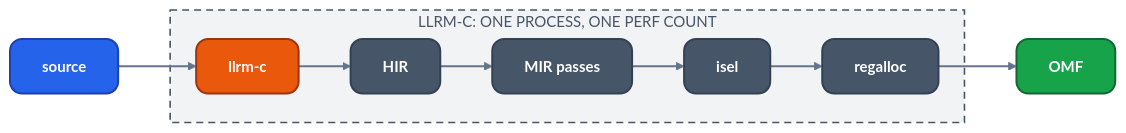
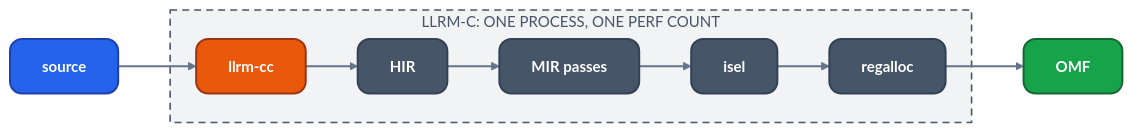
One commit to ali-mosavian/llrm changed the diagram in docs/working/measurement/compile-time.md. Above: the diagram before and after it, drawn with Mermaid. The commit also changed other lines of this file and 411 other files, not shown here.

````diff
--- a/docs/working/measurement/compile-time.md
+++ b/docs/working/measurement/compile-time.md
@@ -13,25 +13,25 @@
 ```mermaid
 %%{init: {'theme':'base','themeVariables':{'fontFamily':'Segoe UI, Helvetica Neue, Arial, DejaVu Sans, sans-serif','fontSize':'15px','primaryColor':'#475569','primaryTextColor':'#ffffff','primaryBorderColor':'#334155','lineColor':'#64748b','secondaryColor':'#475569','tertiaryColor':'transparent','clusterBkg':'transparent','clusterBorder':'#64748b','edgeLabelBackground':'#334155','textColor':'#64748b','titleColor':'#64748b'},'flowchart':{'curve':'basis','nodeSpacing':38,'rankSpacing':52,'padding':16,'wrappingWidth':360,'htmlLabels':true,'useMaxWidth':true}}}%%
 flowchart LR
   classDef src fill:#2563eb,stroke:#1e40af,stroke-width:2px,color:#ffffff,rx:12px,ry:12px
   classDef mid fill:#475569,stroke:#334155,stroke-width:2px,color:#ffffff,rx:12px,ry:12px
   classDef opt fill:#ea580c,stroke:#9a3412,stroke-width:2px,color:#ffffff,rx:12px,ry:12px
   classDef out fill:#16a34a,stroke:#166534,stroke-width:2px,color:#ffffff,rx:12px,ry:12px
   linkStyle default stroke:#64748b,stroke-width:2.2px
   src["<b>source</b>"]:::src
   subgraph g_one["LLRM-C: ONE PROCESS, ONE PERF COUNT"]
-    llrm["<b>llrm-c</b>"]:::opt
+    llrm["<b>llrm-cc</b>"]:::opt
     hir["<b>HIR</b>"]:::mid
     mir["<b>MIR passes</b>"]:::mid
     isel["<b>isel</b>"]:::mid
     ra["<b>regalloc</b>"]:::mid
   end
   omf["<b>OMF</b>"]:::out
   src --> llrm
   llrm --> hir
   hir --> mir
   mir --> isel
   isel --> ra
   ra --> omf
   style g_one fill:#47556912,stroke:#475569,stroke-width:1.6px,stroke-dasharray:7 5,color:#475569
 ```
````
